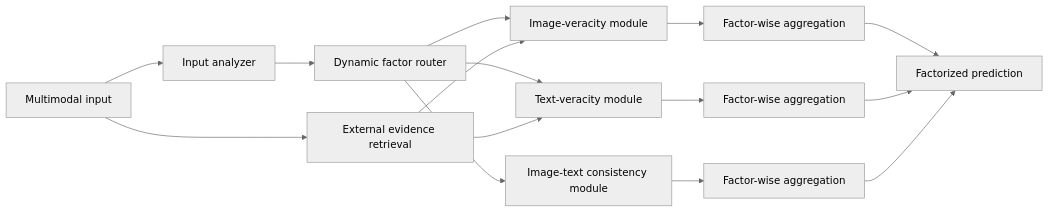
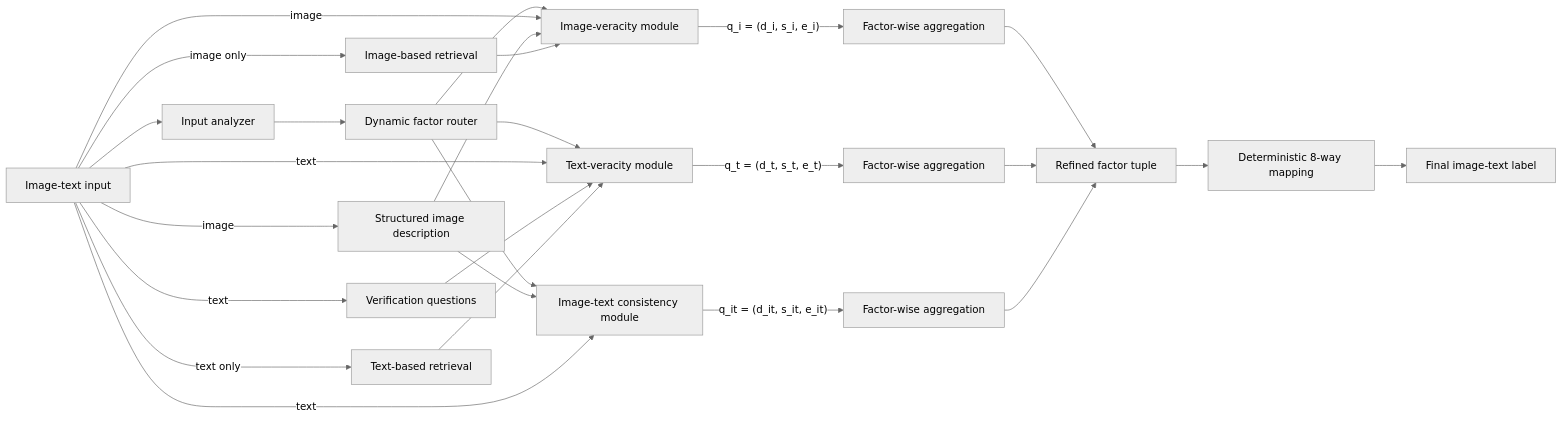
The diagram in README.md (SaiSyokan/sourceaware-verification), drawn with Mermaid (neutral theme) before and after one commit. The commit also changed other lines of this file, not shown here.

````diff
--- a/README.md
+++ b/README.md
@@ -25,17 +25,35 @@
 ```mermaid
 flowchart LR
-    X[Multimodal input] --> A[Input analyzer]
+    X[Image-text input] --> A[Input analyzer]
     A --> R[Dynamic factor router]
+
     R --> VI[Image-veracity module]
     R --> VT[Text-veracity module]
     R --> C[Image-text consistency module]
-    X --> E[External evidence retrieval]
-    E --> VI
-    E --> VT
-    VI --> GI[Factor-wise aggregation]
-    VT --> GT[Factor-wise aggregation]
-    C --> GC[Factor-wise aggregation]
-    GI --> Y[Factorized prediction]
+
+    X -- image --> D[Structured image description]
+    X -- image only --> RI[Image-based retrieval]
+    X -- text only --> RT[Text-based retrieval]
+    X -- text --> Q[Verification questions]
+
+    X -- image --> VI
+    D --> VI
+    RI --> VI
+
+    X -- text --> VT
+    Q --> VT
+    RT --> VT
+
+    D --> C
+    X -- text --> C
+
+    VI -- q_i = (d_i, s_i, e_i) --> GI[Factor-wise aggregation]
+    VT -- q_t = (d_t, s_t, e_t) --> GT[Factor-wise aggregation]
+    C -- q_it = (d_it, s_it, e_it) --> GC[Factor-wise aggregation]
+
+    GI --> Y[Refined factor tuple]
     GT --> Y
     GC --> Y
+    Y --> M[Deterministic 8-way mapping]
+    M --> L[Final image-text label]
 ```
````
